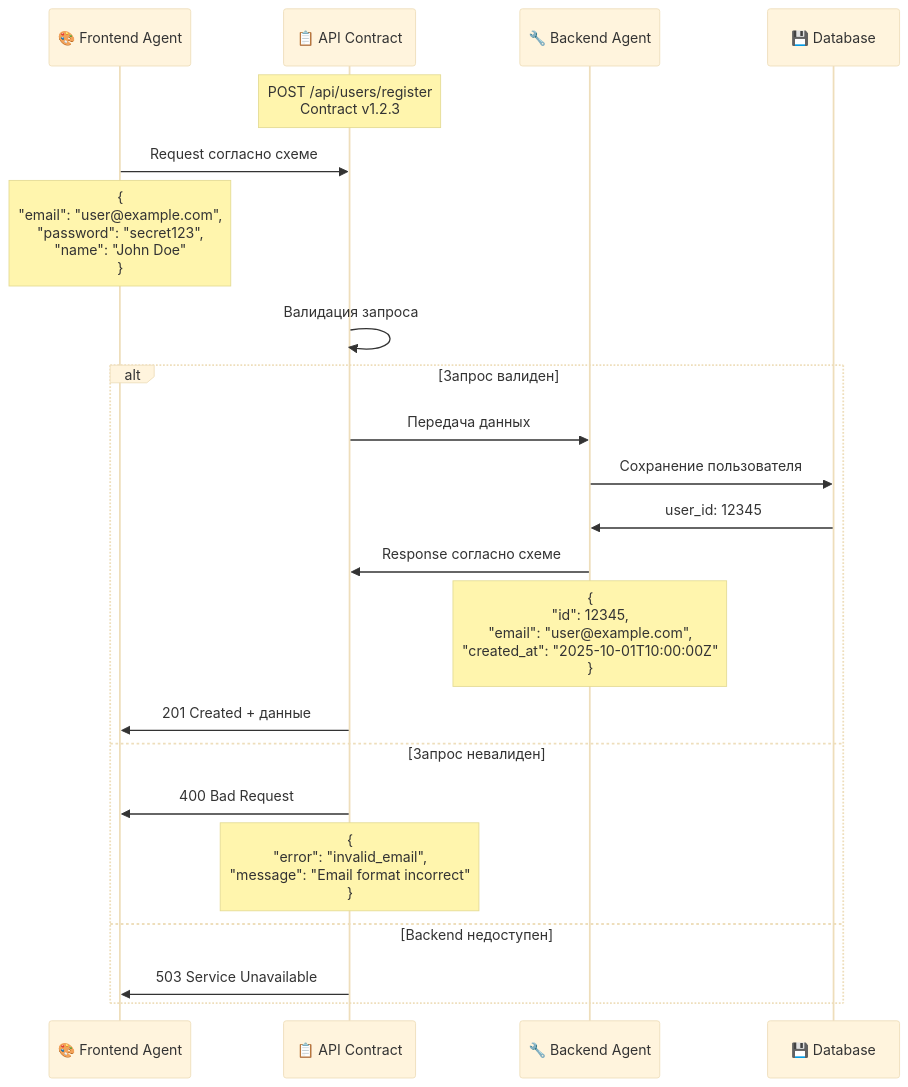
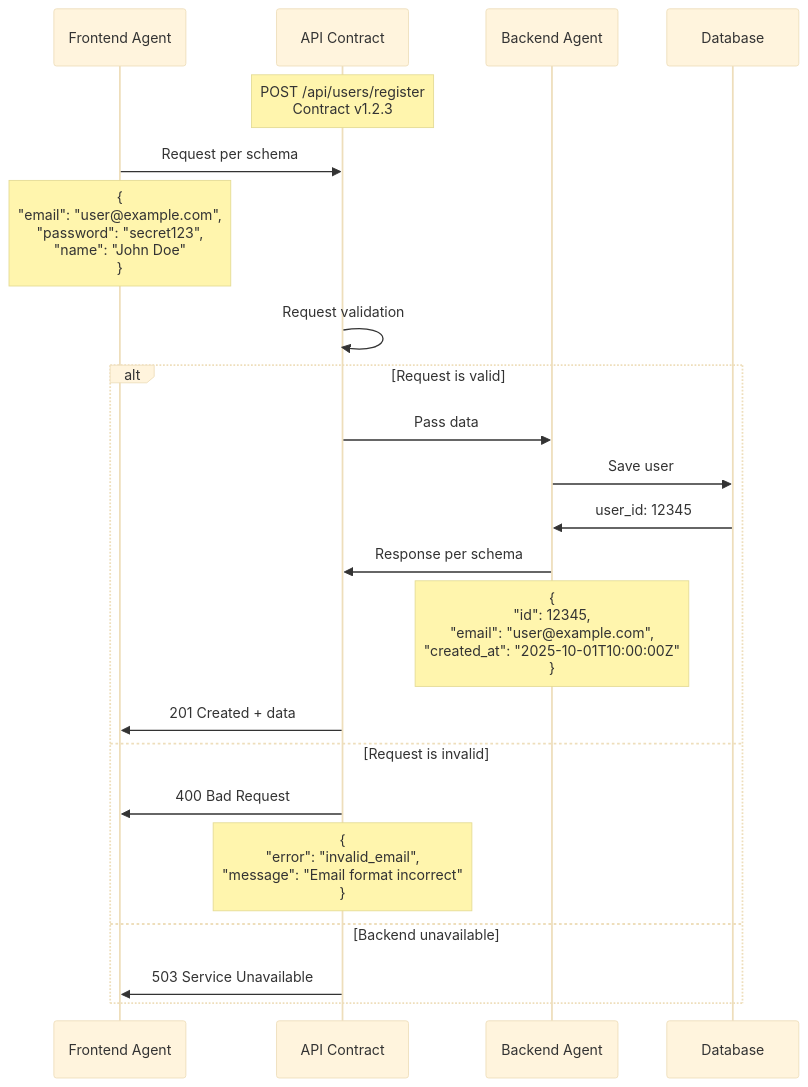
One commit to ad3002/masters-course-2025-vibe-coding changed the ninth of 13 diagrams in materials/workshop3.md. Above: the diagram before and after it, drawn with Mermaid (base theme). The commit also changed other lines of this file, not shown here.

````diff
--- a/materials/workshop3.md
+++ b/materials/workshop3.md
@@ -496,27 +496,27 @@
 ```mermaid
 sequenceDiagram
-    participant FE as 🎨 Frontend Agent
-    participant API as 📋 API Contract
-    participant BE as 🔧 Backend Agent
-    participant DB as 💾 Database
+    participant FE as Frontend Agent
+    participant API as API Contract
+    participant BE as Backend Agent
+    participant DB as Database
 
     Note over API: POST /api/users/register<br/>Contract v1.2.3
 
-    FE->>API: Request согласно схеме
+    FE->>API: Request per schema
     Note over FE: {<br/>"email": "user@example.com",<br/>"password": "secret123",<br/>"name": "John Doe"<br/>}
 
-    API->>API: Валидация запроса
-    alt Запрос валиден
-        API->>BE: Передача данных
-        BE->>DB: Сохранение пользователя
+    API->>API: Request validation
+    alt Request is valid
+        API->>BE: Pass data
+        BE->>DB: Save user
         DB->>BE: user_id: 12345
-        BE->>API: Response согласно схеме
+        BE->>API: Response per schema
         Note over BE: {<br/>"id": 12345,<br/>"email": "user@example.com",<br/>"created_at": "2025-10-01T10:00:00Z"<br/>}
-        API->>FE: 201 Created + данные
-    else Запрос невалиден
+        API->>FE: 201 Created + data
+    else Request is invalid
         API->>FE: 400 Bad Request
         Note over API: {<br/>"error": "invalid_email",<br/>"message": "Email format incorrect"<br/>}
-    else Backend недоступен
+    else Backend unavailable
         API->>FE: 503 Service Unavailable
     end
 ```
````
